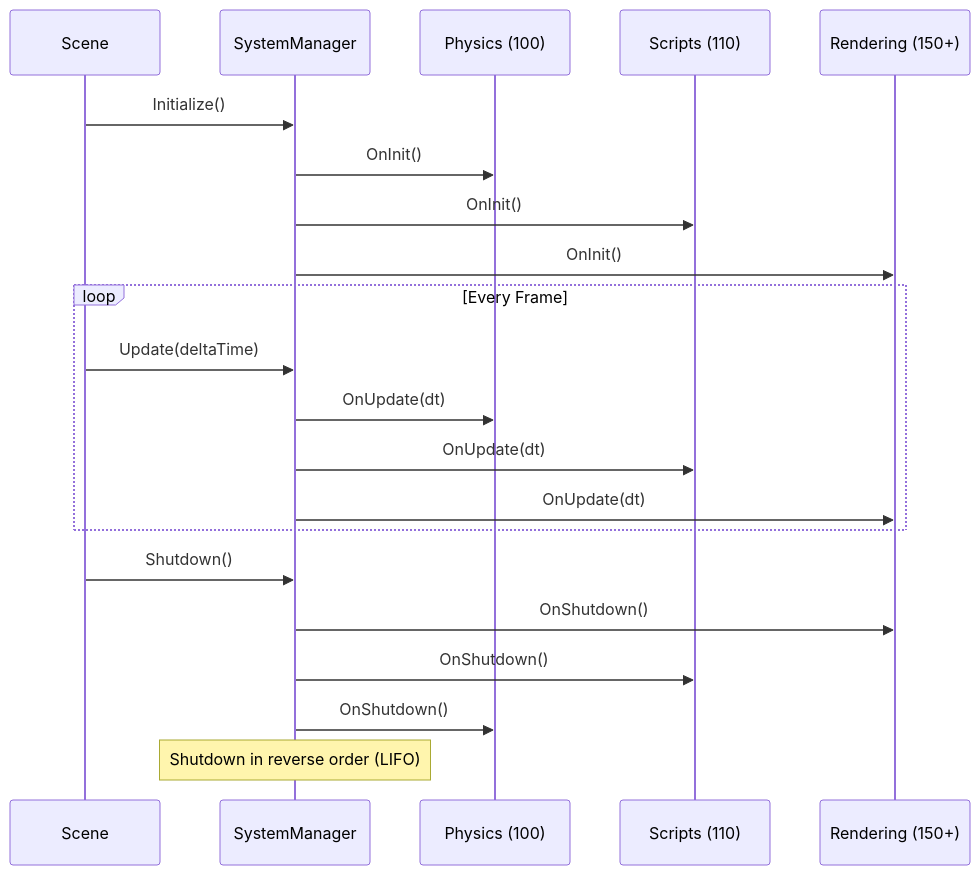
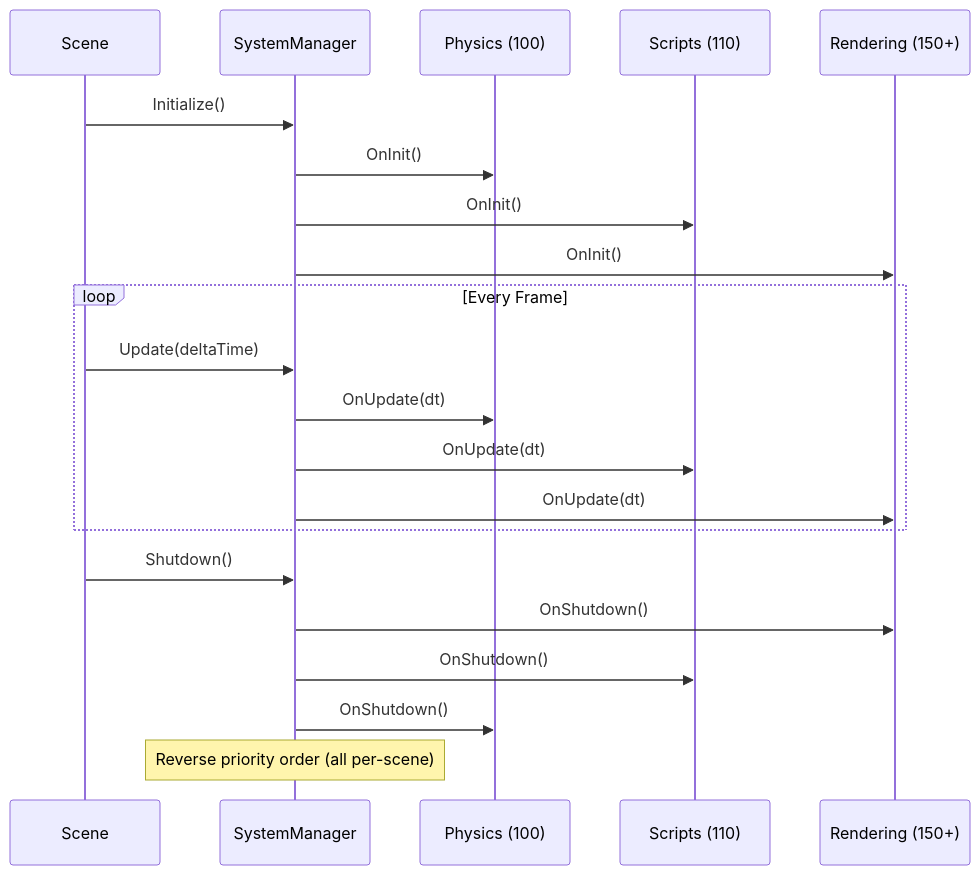
One commit to kateusz/GameEngine changed the fourth of 5 diagrams in docs/architecture/ecs-architecture.md. Above: the diagram before and after it, drawn with Mermaid. The commit also changed other lines of this file and 14 other files, not shown here.

````diff
--- a/docs/architecture/ecs-architecture.md
+++ b/docs/architecture/ecs-architecture.md
@@ -195,26 +195,26 @@
 ```mermaid
 sequenceDiagram
     participant Scene
     participant SM as SystemManager
     participant S1 as Physics (100)
     participant S2 as Scripts (110)
     participant S3 as Rendering (150+)
 
     Scene->>SM: Initialize()
     SM->>S1: OnInit()
     SM->>S2: OnInit()
     SM->>S3: OnInit()
 
     loop Every Frame
         Scene->>SM: Update(deltaTime)
         SM->>S1: OnUpdate(dt)
         SM->>S2: OnUpdate(dt)
         SM->>S3: OnUpdate(dt)
     end
 
     Scene->>SM: Shutdown()
     SM->>S3: OnShutdown()
     SM->>S2: OnShutdown()
     SM->>S1: OnShutdown()
-    Note over SM: Shutdown in reverse order (LIFO)
+    Note over SM: Reverse priority order (all per-scene)
 ```
````
